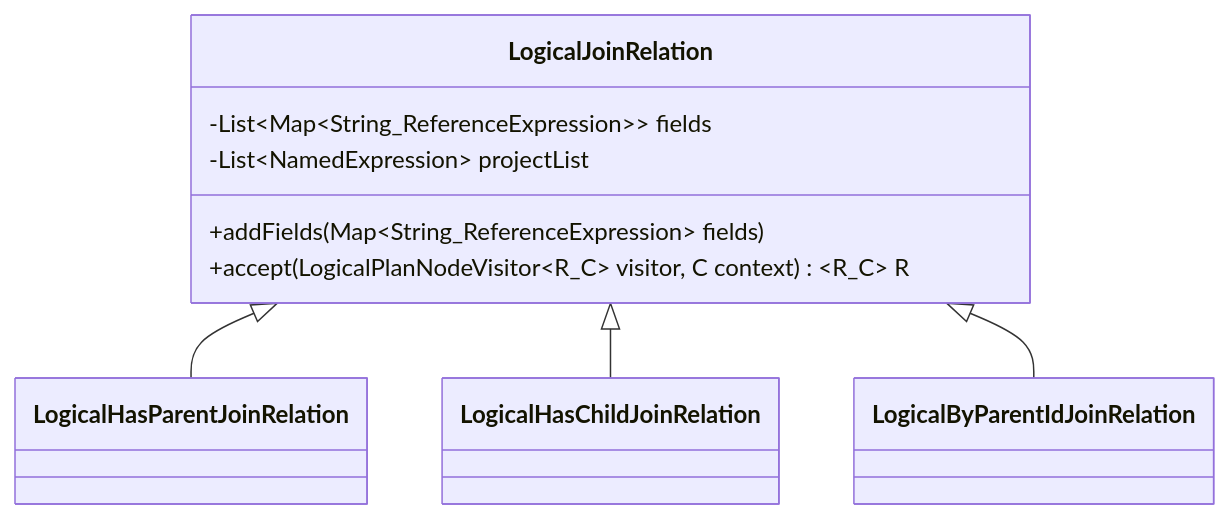
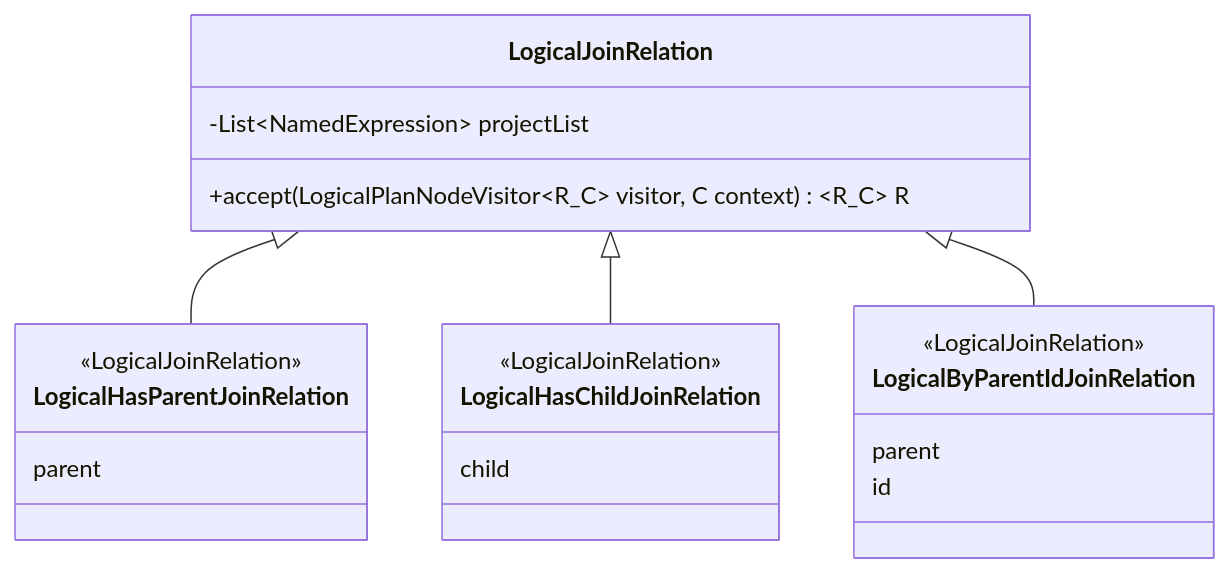
Before and after one commit to Bit-Quill/opensearch-project-sql: the seventh of 8 diagrams in docs/dev/opensearch-same-table-join-query.md, drawn with Mermaid. The commit also changed other lines of this file and 1 other file, not shown here.

Commit message:
Add same-table-joins ER relations

````diff
--- a/docs/dev/opensearch-same-table-join-query.md
+++ b/docs/dev/opensearch-same-table-join-query.md
@@ -1065,22 +1170,27 @@
 ```mermaid
 classDiagram
     class LogicalJoinRelation {
-        -List~Map~String_ReferenceExpression~~ fields
         -List~NamedExpression~ projectList
-        +addFields(Map~String_ReferenceExpression~ fields)
         +accept(LogicalPlanNodeVisitor~R_C~ visitor, C context) ~R_C~ R
     }
     
     class LogicalHasParentJoinRelation {
+        <<LogicalJoinRelation>>
+        parent
     }
     
     class LogicalHasChildJoinRelation {
+        <<LogicalJoinRelation>>
+        child
     } 
     
     class LogicalByParentIdJoinRelation {
+        <<LogicalJoinRelation>>
+        parent
+        id
     } 
     
     LogicalJoinRelation <|-- LogicalHasParentJoinRelation 
     LogicalJoinRelation <|-- LogicalHasChildJoinRelation 
     LogicalJoinRelation <|-- LogicalByParentIdJoinRelation 
 ```
````
